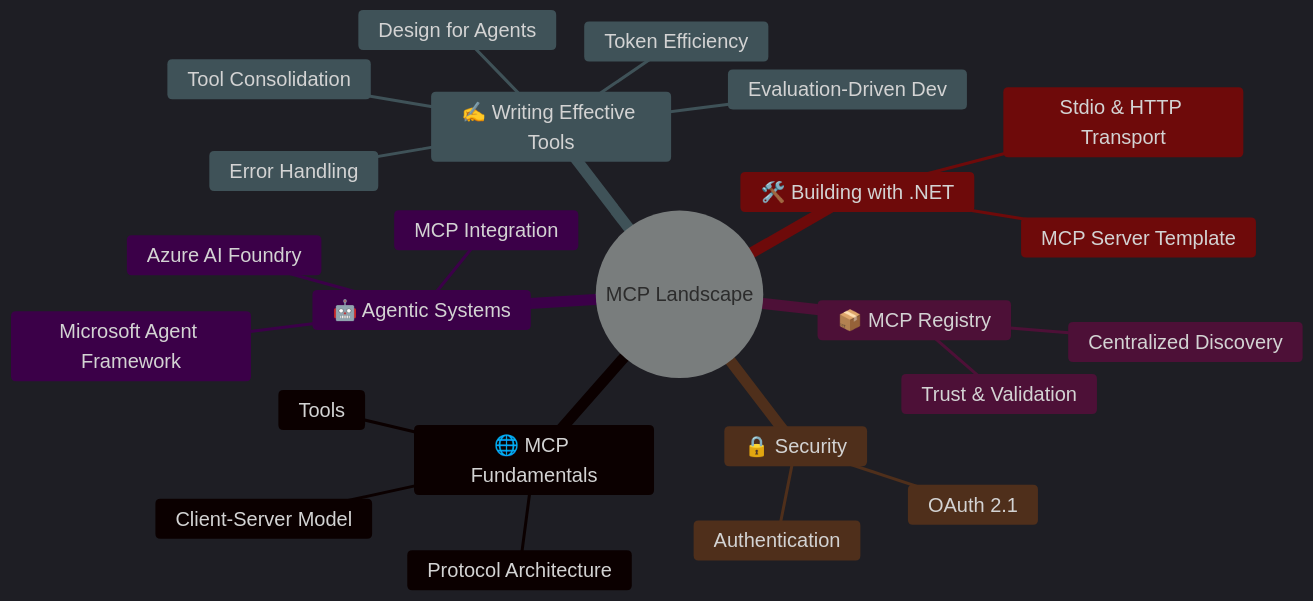
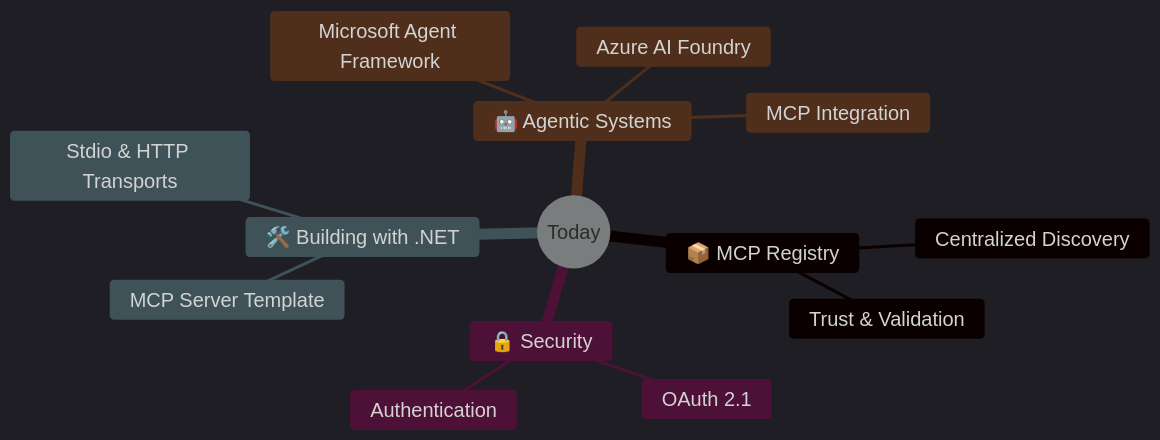
Before and after one commit to NikiforovAll/mcp-landscape: the fifth of 5 diagrams in slides/presentation_part2.md, drawn with Mermaid. The commit also changed other lines of this file and 2 other files, not shown here.

Commit message:
feat: update MCP server configuration and add new resources to presentation

```diff
--- a/slides/presentation_part2.md
+++ b/slides/presentation_part2.md
@@ -577,37 +747,27 @@
 <div class="mermaid">
     %%{init: {
         'theme': 'dark',
         'themeVariables': {
             'fontSize': '20px'
         },
         'flowchart': {
             'nodeSpacing': 500,
             'rankSpacing': 0
         }
     }}%%
     mindmap
-        root((MCP Landscape))
-            🌐 MCP Fundamentals
-                Protocol Architecture
-                Client-Server Model
-                Tools
+        root((Today))
             📦 MCP Registry
                 Centralized Discovery
                 Trust & Validation
-            ✍️ Writing Effective Tools
-                Design for Agents
-                Tool Consolidation
-                Token Efficiency
-                Error Handling
-                Evaluation-Driven Dev
             🔒 Security
                 OAuth 2.1
                 Authentication
             🛠️ Building with .NET
                 MCP Server Template
-                Stdio & HTTP Transport
+                Stdio & HTTP Transports
             🤖 Agentic Systems
                 Microsoft Agent Framework
                 Azure AI Foundry
                 MCP Integration
 </div>
```
